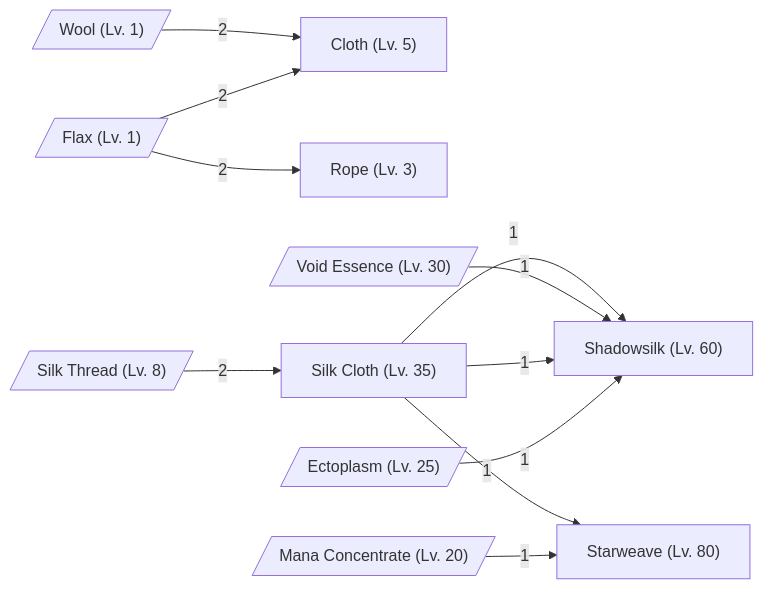
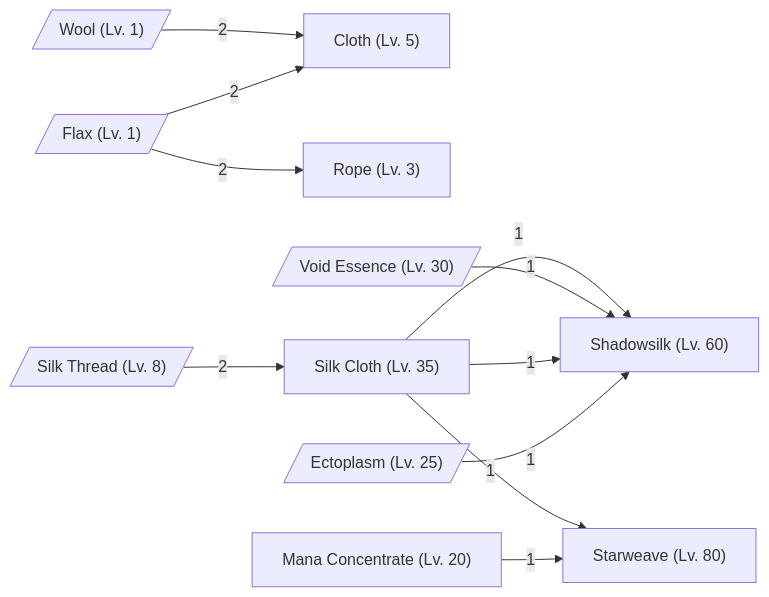
The fifth of 13 diagrams in content/docs/mechanics/items-crafting/crafting-chains-generated.md (tfelix/bestia-docs), drawn with Mermaid before and after one commit. The commit also changed other lines of this file, not shown here.

````diff
--- a/content/docs/mechanics/items-crafting/crafting-chains-generated.md
+++ b/content/docs/mechanics/items-crafting/crafting-chains-generated.md
@@ -604,24 +645,24 @@
 ```mermaid
 graph LR
     cloth["Cloth (Lv. 5)"]
     wool[/"Wool (Lv. 1)"/]
     wool -->|2| cloth
     flax[/"Flax (Lv. 1)"/]
     flax -->|2| cloth
     rope["Rope (Lv. 3)"]
     flax -->|2| rope
     silk_cloth["Silk Cloth (Lv. 35)"]
     silk_thread[/"Silk Thread (Lv. 8)"/]
     silk_thread -->|2| silk_cloth
     shadowsilk["Shadowsilk (Lv. 60)"]
     silk_cloth -->|1| shadowsilk
     void_essence[/"Void Essence (Lv. 30)"/]
     void_essence -->|1| shadowsilk
     silk_cloth -->|1| shadowsilk
     ectoplasm[/"Ectoplasm (Lv. 25)"/]
     ectoplasm -->|1| shadowsilk
     starweave["Starweave (Lv. 80)"]
     silk_cloth -->|1| starweave
-    mana_concentrate[/"Mana Concentrate (Lv. 20)"/]
+    mana_concentrate["Mana Concentrate (Lv. 20)"]
     mana_concentrate -->|1| starweave
 ```
````
